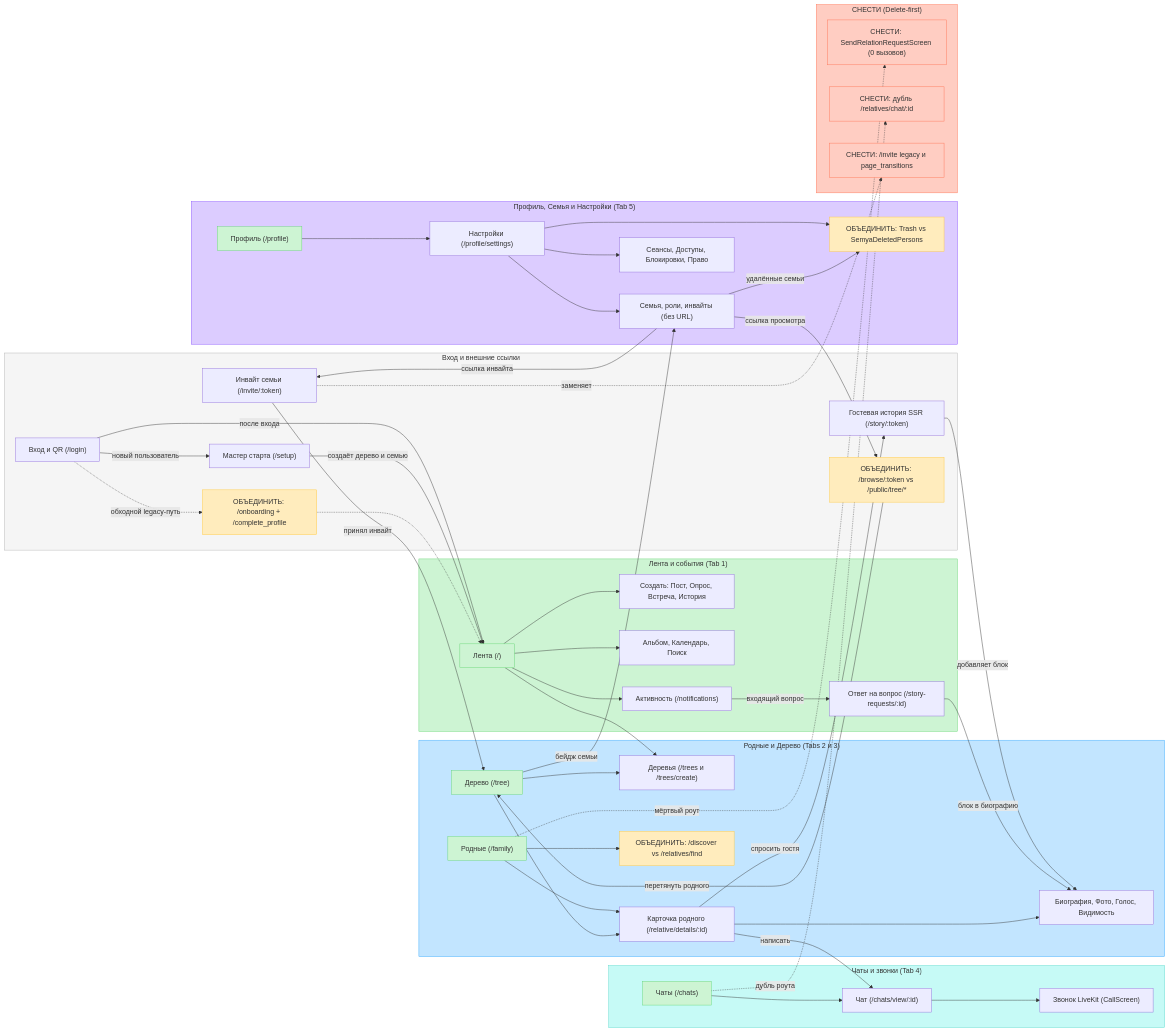
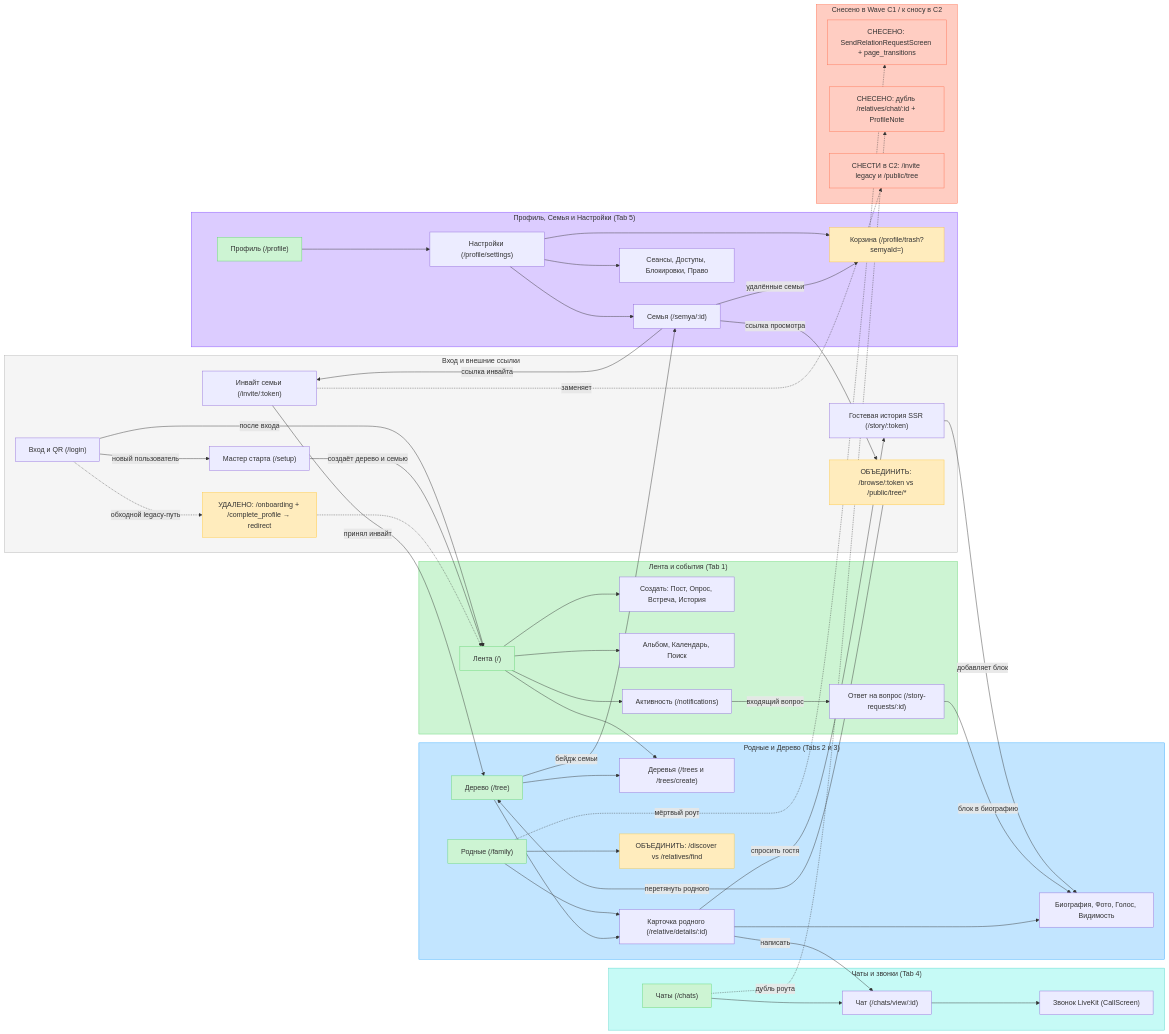
Before and after one commit to Fodders-Dev/rodnya-tree-app: the second of 2 diagrams in docs/rodnya-app-map.md, drawn with Mermaid. The commit also changed other lines of this file and 53 other files, not shown here.

Commit message:
feat(wave-c1): P2.1 dead code cleanup, P2.2 onboarding 3->1, P2.5b unified Trash, P2.6 GoRouter+AppLinks

```diff
--- a/docs/rodnya-app-map.md
+++ b/docs/rodnya-app-map.md
@@ -382,7 +382,7 @@
     subgraph sgEntry ["Вход и внешние ссылки"]
         authLogin["Вход и QR (/login)"]
         setupWizard["Мастер старта (/setup)"]
-        legacyOnboard["ОБЪЕДИНИТЬ: /onboarding + /complete_profile"]
+        legacyOnboard["УДАЛЕНО: /onboarding + /complete_profile → redirect"]
         inviteAccept["Инвайт семьи (/invite/:token)"]
         storyGuest["Гостевая история SSR (/story/:token)"]
         browseVsPublic["ОБЪЕДИНИТЬ: /browse/:token vs /public/tree/*"]
@@ -414,15 +414,15 @@
     subgraph sgProfile ["Профиль, Семья и Настройки (Tab 5)"]
         profileTab["Профиль (/profile)"]
         settingsHub["Настройки (/profile/settings)"]
-        semyaHub["Семья, роли, инвайты (без URL)"]
-        trashDup["ОБЪЕДИНИТЬ: Trash vs SemyaDeletedPersons"]
+        semyaHub["Семья (/semya/:id)"]
+        trashDup["Корзина (/profile/trash?semyaId=)"]
         securitySub["Сеансы, Доступы, Блокировки, Право"]
     end
 
-    subgraph sgDelete ["СНЕСТИ (Delete-first)"]
-        sendReqDead["СНЕСТИ: SendRelationRequestScreen (0 вызовов)"]
-        chatRouteDup["СНЕСТИ: дубль /relatives/chat/:id"]
-        legacyInviteDead["СНЕСТИ: /invite legacy и page_transitions"]
+    subgraph sgDelete ["Снесено в Wave C1 / к сносу в C2"]
+        sendReqDead["СНЕСЕНО: SendRelationRequestScreen + page_transitions"]
+        chatRouteDup["СНЕСЕНО: дубль /relatives/chat/:id + ProfileNote"]
+        legacyInviteDead["СНЕСТИ в C2: /invite legacy и /public/tree"]
     end
 
     authLogin -->|"новый пользователь"| setupWizard
```
